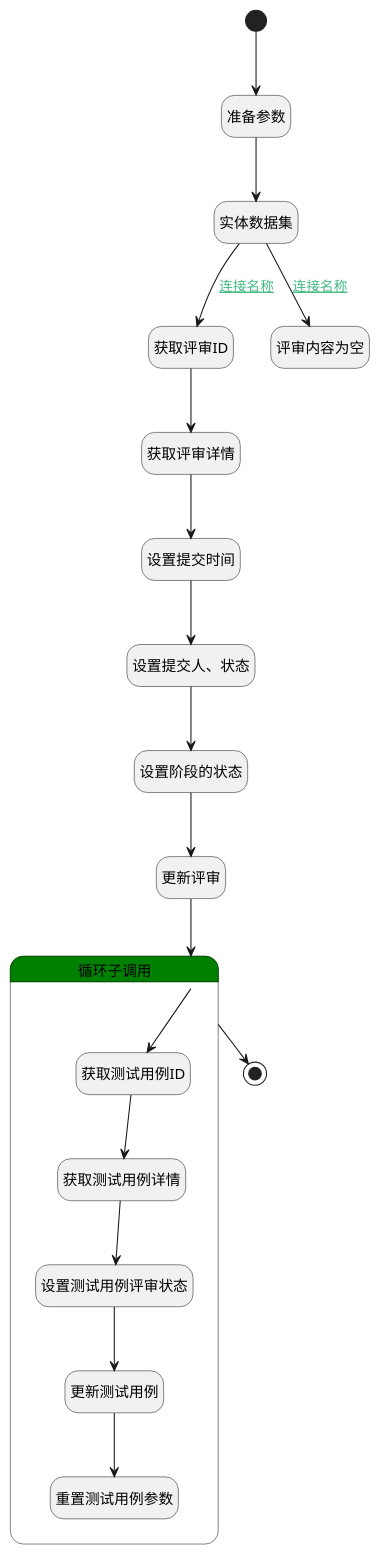
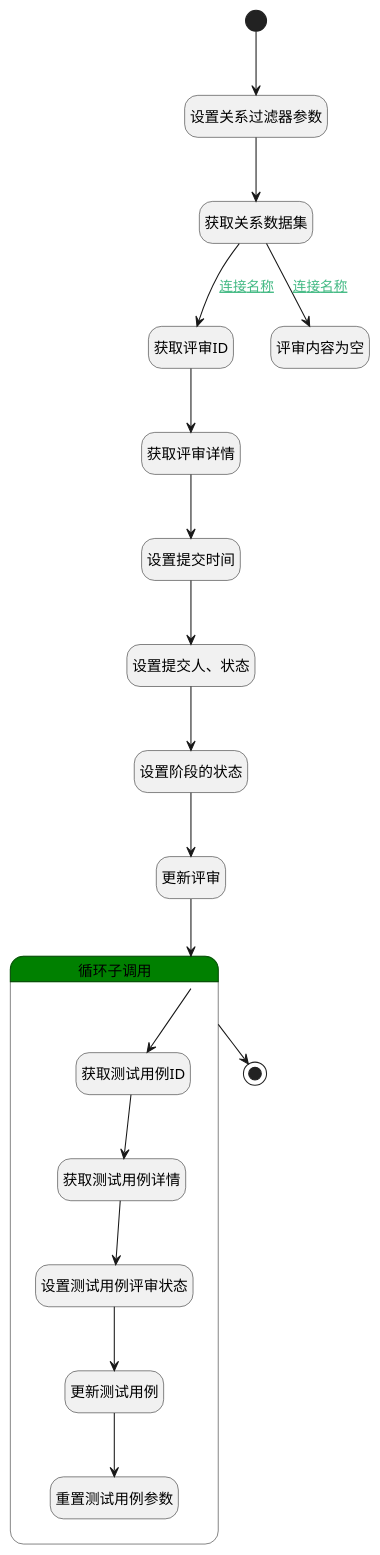
The diagram in doc/docsify/module/TestMgmt/review_content/logic/submit_review.md (iBizLab/plm), drawn with PlantUML before and after one commit. The commit also changed other lines of this file and 1778 other files, not shown here.

````diff
--- a/doc/docsify/module/TestMgmt/review_content/logic/submit_review.md
+++ b/doc/docsify/module/TestMgmt/review_content/logic/submit_review.md
@@ -7,50 +7,50 @@
 ```plantuml
 @startuml
 hide empty description
 <style>
 root {
   HyperlinkColor #42b983
 }
 </style>
 
 hide empty description
 state "开始" as Begin <<start>> [[$./submit_review#begin {"开始"}]]
 state "获取评审详情" as DEACTION4  [[$./submit_review#deaction4 {"获取评审详情"}]]
 state "设置提交时间" as RAWSFCODE1  [[$./submit_review#rawsfcode1 {"设置提交时间"}]]
 state "设置提交人、状态" as PREPAREPARAM1  [[$./submit_review#prepareparam1 {"设置提交人、状态"}]]
 state "设置阶段的状态" as PREPAREPARAM2  [[$./submit_review#prepareparam2 {"设置阶段的状态"}]]
-state "准备参数" as PREPAREPARAM3  [[$./submit_review#prepareparam3 {"准备参数"}]]
+state "设置关系过滤器参数" as PREPAREPARAM3  [[$./submit_review#prepareparam3 {"设置关系过滤器参数"}]]
 state "更新评审" as DEACTION1  [[$./submit_review#deaction1 {"更新评审"}]]
-state "实体数据集" as DEDATASET1  [[$./submit_review#dedataset1 {"实体数据集"}]]
+state "获取关系数据集" as DEDATASET1  [[$./submit_review#dedataset1 {"获取关系数据集"}]]
 state "获取评审ID" as PREPAREPARAM6  [[$./submit_review#prepareparam6 {"获取评审ID"}]]
 state "结束" as END1 <<end>> [[$./submit_review#end1 {"结束"}]]
 state "评审内容为空" as THROWEXCEPTION1  [[$./submit_review#throwexception1 {"评审内容为空"}]]
 state "循环子调用" as LOOPSUBCALL1  [[$./submit_review#loopsubcall1 {"循环子调用"}]] #green {
 state "获取测试用例ID" as PREPAREPARAM4  [[$./submit_review#prepareparam4 {"获取测试用例ID"}]]
 state "获取测试用例详情" as DEACTION2  [[$./submit_review#deaction2 {"获取测试用例详情"}]]
 state "设置测试用例评审状态" as PREPAREPARAM5  [[$./submit_review#prepareparam5 {"设置测试用例评审状态"}]]
 state "更新测试用例" as DEACTION3  [[$./submit_review#deaction3 {"更新测试用例"}]]
 state "重置测试用例参数" as RESETPARAM1  [[$./submit_review#resetparam1 {"重置测试用例参数"}]]
 }
 
 
 Begin --> PREPAREPARAM3
 PREPAREPARAM3 --> DEDATASET1
 DEDATASET1 --> PREPAREPARAM6 : [[$./submit_review#dedataset1-prepareparam6{连接名称} 连接名称]]
 PREPAREPARAM6 --> DEACTION4
 DEACTION4 --> RAWSFCODE1
 RAWSFCODE1 --> PREPAREPARAM1
 PREPAREPARAM1 --> PREPAREPARAM2
 PREPAREPARAM2 --> DEACTION1
 DEACTION1 --> LOOPSUBCALL1
 LOOPSUBCALL1 --> PREPAREPARAM4
 PREPAREPARAM4 --> DEACTION2
 DEACTION2 --> PREPAREPARAM5
 PREPAREPARAM5 --> DEACTION3
 DEACTION3 --> RESETPARAM1
 LOOPSUBCALL1 --> END1
 DEDATASET1 --> THROWEXCEPTION1 : [[$./submit_review#dedataset1-throwexception1{连接名称} 连接名称]]
 
 
 @enduml
 ```
````
